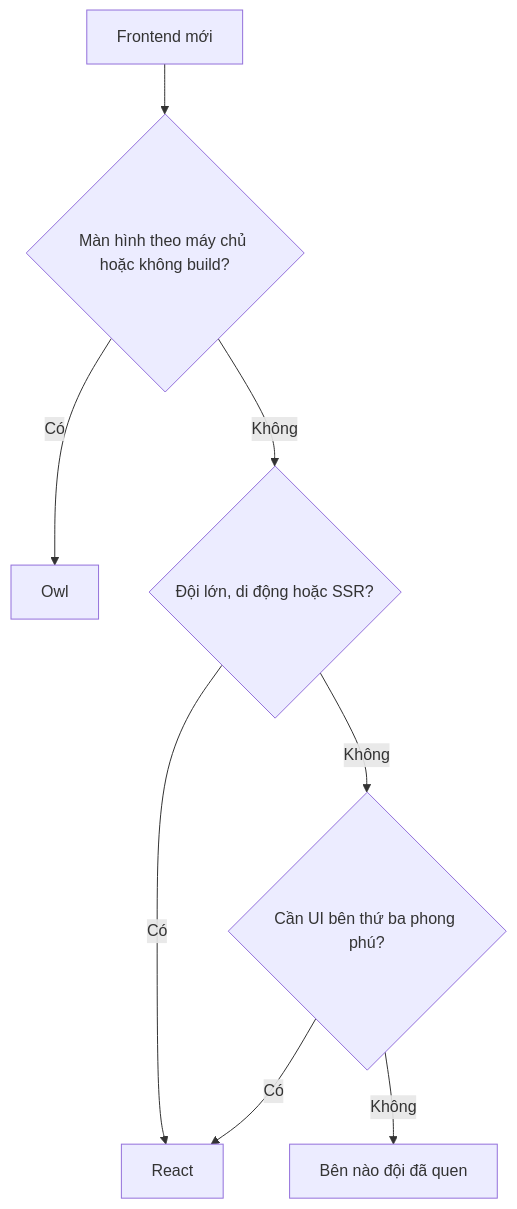
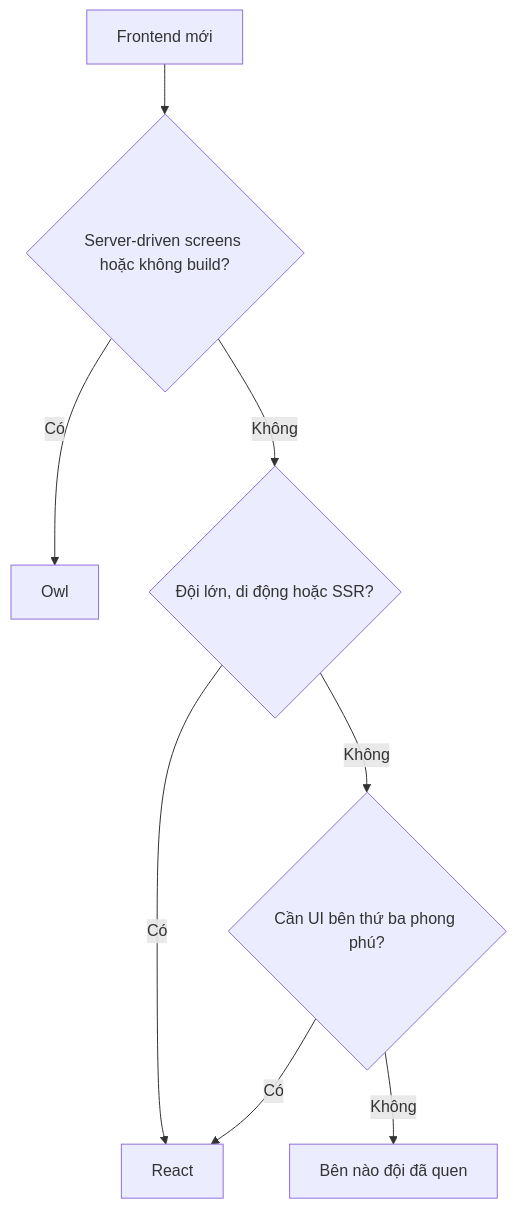
The diagram in blog/owl-vs-react/index.vi.md (thebases/thebase.github.io), drawn with Mermaid before and after one commit. The commit also changed other lines of this file, not shown here.

Commit message:
owl-vs-react (vi): keep 'server-driven screens' in English

````diff
--- a/blog/owl-vs-react/index.vi.md
+++ b/blog/owl-vs-react/index.vi.md
@@ -81,10 +81,10 @@
 ```mermaid
 flowchart TD
-  A[Frontend mới] --> B{Màn hình theo máy chủ hoặc không build?}
+  A[Frontend mới] --> B{Server-driven screens hoặc không build?}
   B -- Có --> C[Owl]
   B -- Không --> D{Đội lớn, di động hoặc SSR?}
   D -- Có --> E[React]
   D -- Không --> F{Cần UI bên thứ ba phong phú?}
   F -- Có --> E
   F -- Không --> G[Bên nào đội đã quen]
 ```
````
